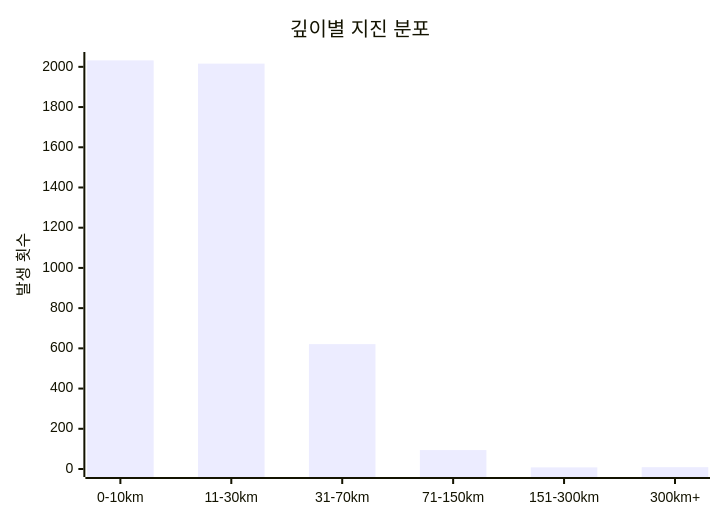
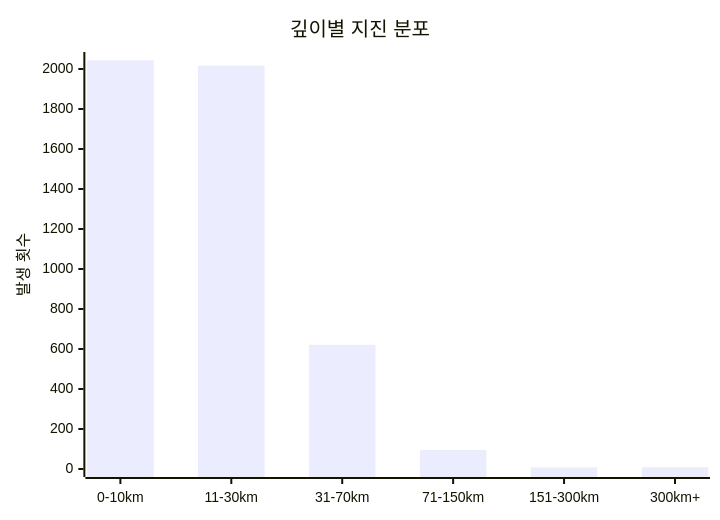
Before and after one commit to serendip811/japan-eq: the diagram in charts/depth-chart.md, drawn with Mermaid. The commit also changed other lines of this file and 5 other files, not shown here.

Commit message:
Update earthquake data and charts Wed Jul 29 08:33:38 UTC 2026

````diff
--- a/charts/depth-chart.md
+++ b/charts/depth-chart.md
@@ -3,7 +3,7 @@
 ```mermaid
 xychart-beta
     title "깊이별 지진 분포"
     x-axis ["0-10km", "11-30km", "31-70km", "71-150km", "151-300km", "300km+"]
-    y-axis "발생 횟수" 0 --> 2034
-    bar [2032, 2016, 621, 94, 8, 9]
+    y-axis "발생 횟수" 0 --> 2045
+    bar [2043, 2016, 621, 95, 8, 9]
 ```
````
